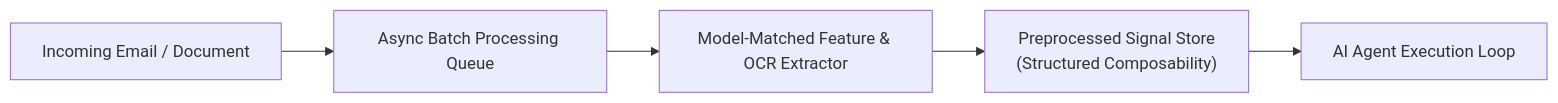
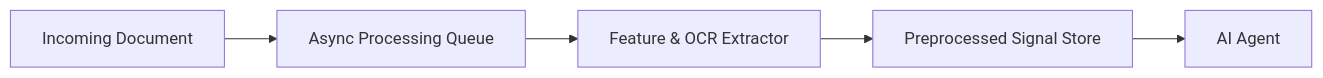
Before and after one commit to ohadleshno/ohad-leshno-blog: the fifth of 6 diagrams in content/tech-blog/en/building-an-effective-context-layer-part-3.md, drawn with Mermaid. The commit also changed other lines of this file and 7 other files, not shown here.

````diff
--- a/content/tech-blog/en/building-an-effective-context-layer-part-3.md
+++ b/content/tech-blog/en/building-an-effective-context-layer-part-3.md
@@ -161,7 +167,7 @@
 ```mermaid
 flowchart LR
-    IncomingEvent["Incoming Email / Document"] --> WorkerQueue["Async Batch Processing Queue"]
-    WorkerQueue --> ExtractionModels["Model-Matched Feature & OCR Extractor"]
-    ExtractionModels --> SignalStore["Preprocessed Signal Store<br/>(Structured Composability)"]
-    SignalStore --> Agent["AI Agent Execution Loop"]
+    IncomingEvent["Incoming Document"] --> WorkerQueue["Async Processing Queue"]
+    WorkerQueue --> ExtractionModels["Feature & OCR Extractor"]
+    ExtractionModels --> SignalStore["Preprocessed Signal Store"]
+    SignalStore --> Agent["AI Agent"]
 ```
````
